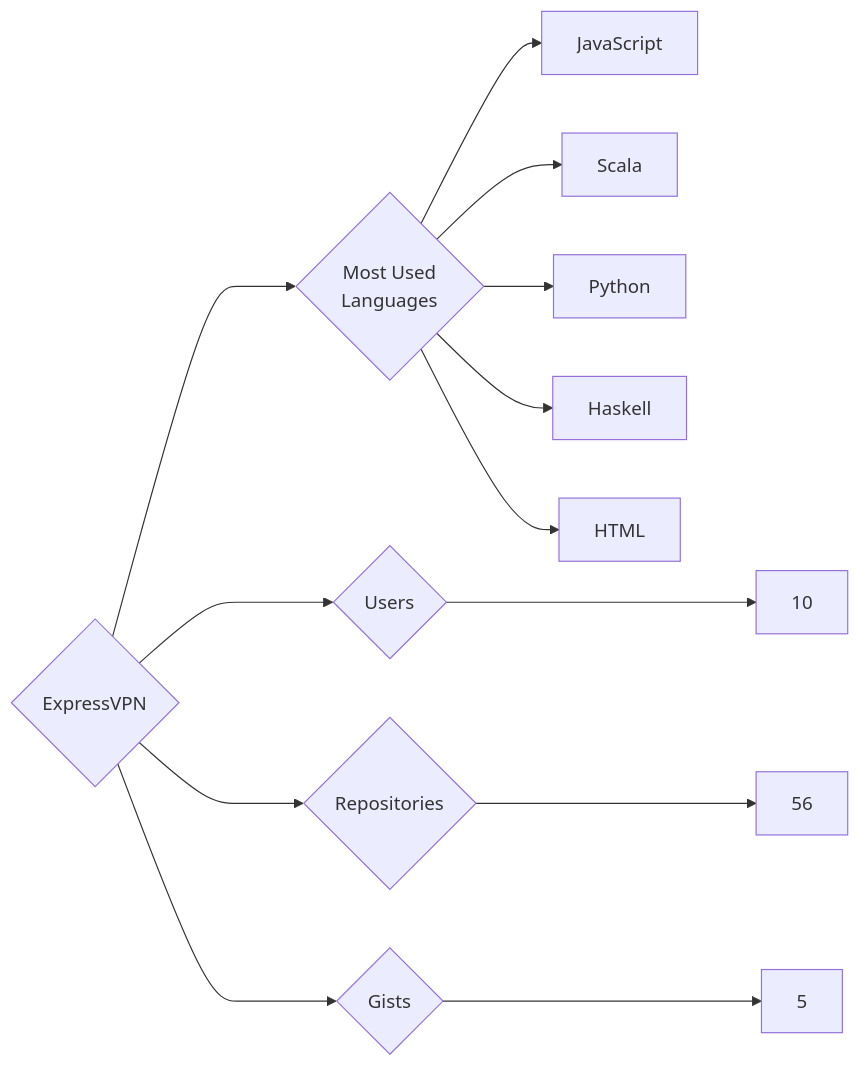
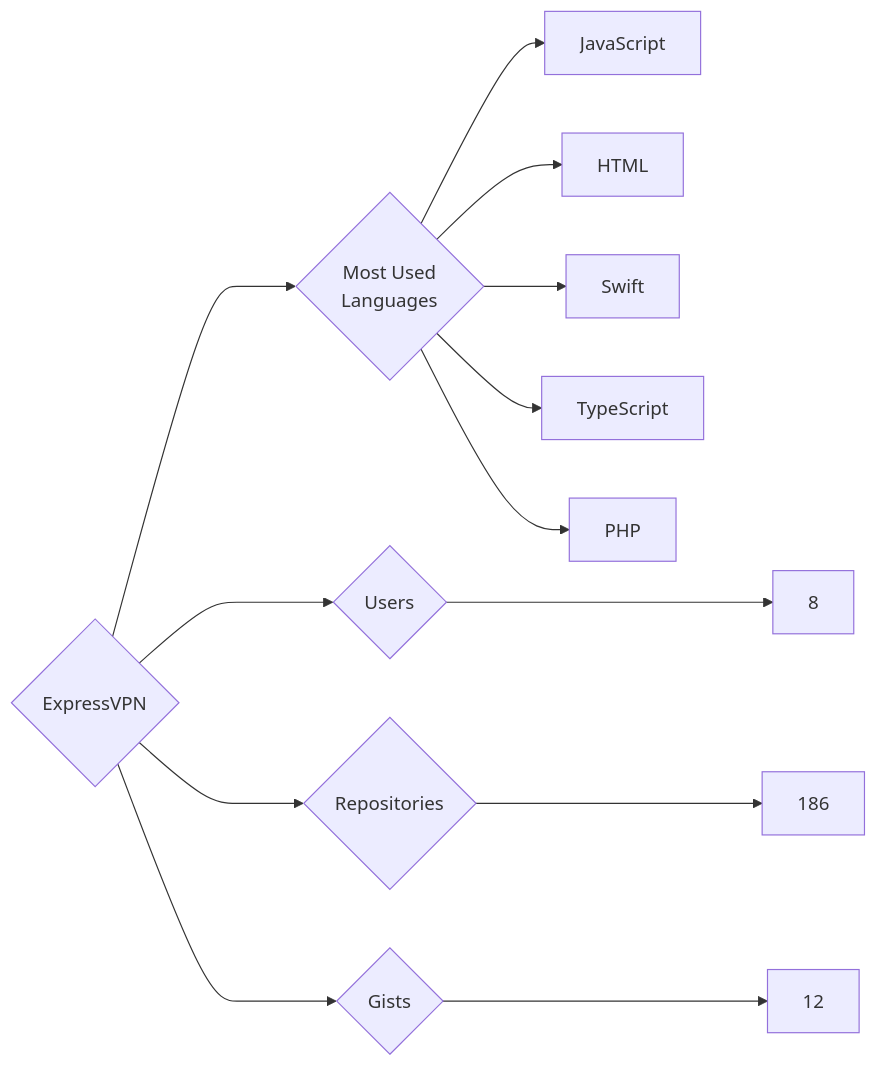
Before and after one commit to trickest/insiders: the diagram in targets/ExpressVPN/README.md, drawn with Mermaid. The commit also changed 1238 other files, not shown here.

````diff
--- a/targets/ExpressVPN/README.md
+++ b/targets/ExpressVPN/README.md
@@ -3,13 +3,13 @@
 ```mermaid
 graph LR
 COMPANY_NAME{ExpressVPN}
-COMPANY_NAME ---> U{Users} ---> UN[10]
-COMPANY_NAME ---> R{Repositories} ---> RN[56]
-COMPANY_NAME ---> G{Gists} ---> GN[5]
+COMPANY_NAME ---> U{Users} ---> UN[8]
+COMPANY_NAME ---> R{Repositories} ---> RN[186]
+COMPANY_NAME ---> G{Gists} ---> GN[12]
 COMPANY_NAME ---> ML{Most Used<br>Languages}
 ML --> JavaScript[JavaScript]
-ML --> Scala[Scala]
-ML --> Python[Python]
-ML --> Haskell[Haskell]
 ML --> HTML[HTML]
+ML --> Swift[Swift]
+ML --> TypeScript[TypeScript]
+ML --> PHP[PHP]
 ```
````
